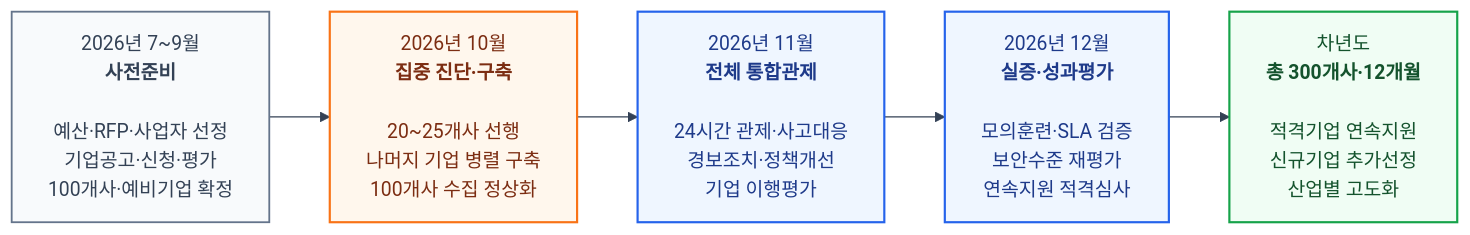
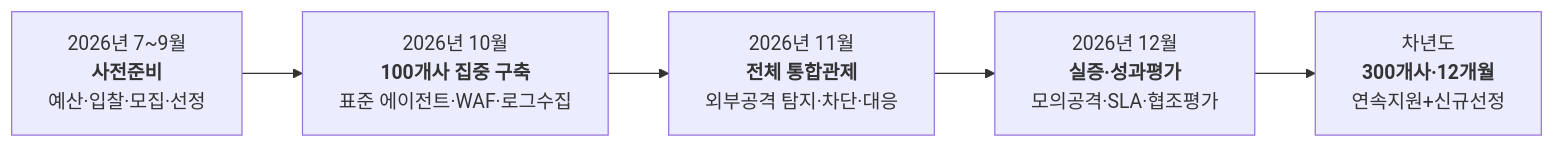
The eighth of 8 diagrams in ko/proposal/ulsan/ulsan-full-3months.md (qubitsec/plura), drawn with Mermaid before and after one commit. The commit also changed other lines of this file, not shown here.

````diff
--- a/ko/proposal/ulsan/ulsan-full-3months.md
+++ b/ko/proposal/ulsan/ulsan-full-3months.md
@@ -1081,33 +837,10 @@
 ```mermaid
-%%{init: {
-  "theme": "base",
-  "themeVariables": {
-    "fontFamily": "Pretendard, Noto Sans KR, Arial",
-    "background": "#ffffff",
-    "primaryTextColor": "#0f172a",
-    "lineColor": "#334155"
-  }
-}}%%
 flowchart LR
-    P0["2026년 7~9월<br/><b>사전준비</b><br/><br/>예산·RFP·사업자 선정<br/>기업공고·신청·평가<br/>100개사·예비기업 확정"]
-
-    P1["2026년 10월<br/><b>집중 진단·구축</b><br/><br/>20~25개사 선행<br/>나머지 기업 병렬 구축<br/>100개사 수집 정상화"]
-
-    P2["2026년 11월<br/><b>전체 통합관제</b><br/><br/>24시간 관제·사고대응<br/>경보조치·정책개선<br/>기업 이행평가"]
-
-    P3["2026년 12월<br/><b>실증·성과평가</b><br/><br/>모의훈련·SLA 검증<br/>보안수준 재평가<br/>연속지원 적격심사"]
-
-    P4["차년도<br/><b>총 300개사·12개월</b><br/><br/>적격기업 연속지원<br/>신규기업 추가선정<br/>산업별 고도화"]
+    P0["2026년 7~9월<br/><b>사전준비</b><br/>예산·입찰·모집·선정"]
+    P1["2026년 10월<br/><b>100개사 집중 구축</b><br/>표준 에이전트·WAF·로그수집"]
+    P2["2026년 11월<br/><b>전체 통합관제</b><br/>외부공격 탐지·차단·대응"]
+    P3["2026년 12월<br/><b>실증·성과평가</b><br/>모의공격·SLA·협조평가"]
+    P4["차년도<br/><b>300개사·12개월</b><br/>연속지원+신규선정"]
 
     P0 --> P1 --> P2 --> P3 --> P4
-
-    classDef prep fill:#f8fafc,stroke:#64748b,stroke-width:1.5px,color:#334155;
-    classDef build fill:#fff7ed,stroke:#f97316,stroke-width:1.8px,color:#7c2d12;
-    classDef operate fill:#eff6ff,stroke:#2563eb,stroke-width:1.8px,color:#1e3a8a;
-    classDef expand fill:#f0fdf4,stroke:#16a34a,stroke-width:1.8px,color:#14532d;
-
-    class P0 prep;
-    class P1 build;
-    class P2,P3 operate;
-    class P4 expand;
 ```
````
